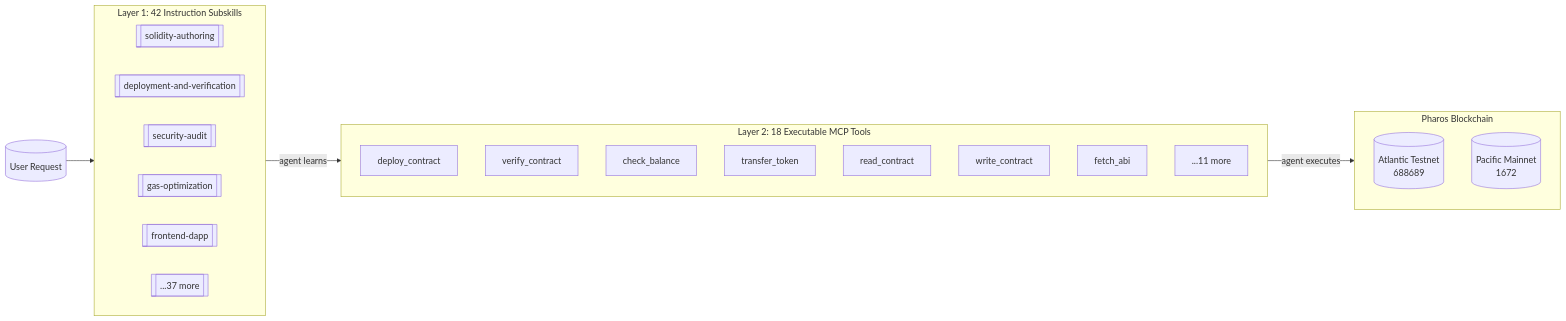
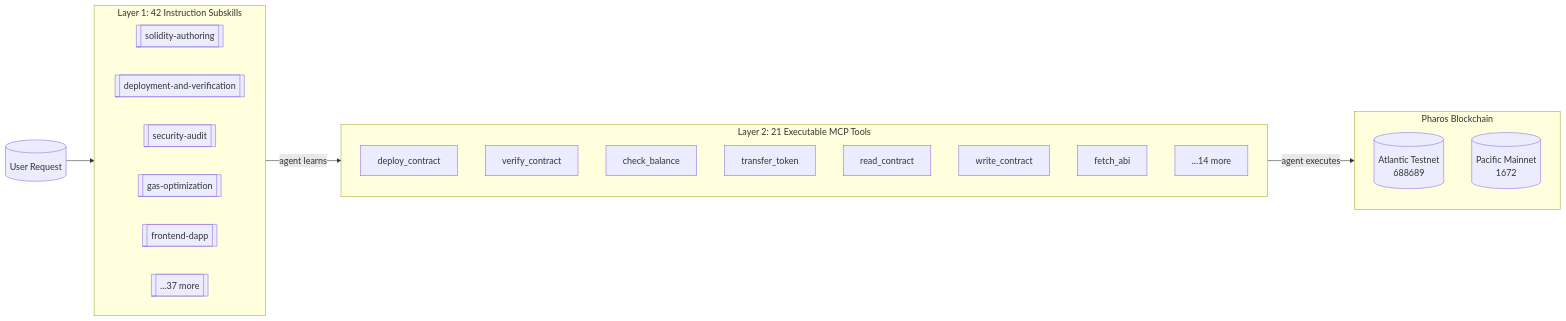
Before and after one commit to tejas0111/Pharos: the diagram in README.md, drawn with Mermaid. The commit also changed other lines of this file and 10 other files, not shown here.

````diff
--- a/README.md
+++ b/README.md
@@ -17,29 +17,29 @@
 ```mermaid
 flowchart LR
     subgraph L1["Layer 1: 42 Instruction Subskills"]
         direction LR
         S1[[solidity-authoring]]
         S2[[deployment-and-verification]]
         S3[[security-audit]]
         S4[[gas-optimization]]
         S5[[frontend-dapp]]
         S6[[...37 more]]
     end
-    subgraph L2["Layer 2: 18 Executable MCP Tools"]
+    subgraph L2["Layer 2: 21 Executable MCP Tools"]
         T1[deploy_contract]
         T2[verify_contract]
         T3[check_balance]
         T4[transfer_token]
         T5[read_contract]
         T6[write_contract]
         T7[fetch_abi]
-        T8[...11 more]
+        T8[...14 more]
     end
     subgraph BC["Pharos Blockchain"]
         AT[("Atlantic Testnet<br/>688689")]
         PM[("Pacific Mainnet<br/>1672")]
     end
     REQ[("User Request")] --> L1
     L1 -->|agent learns| L2
     L2 -->|agent executes| BC
 ```
````
